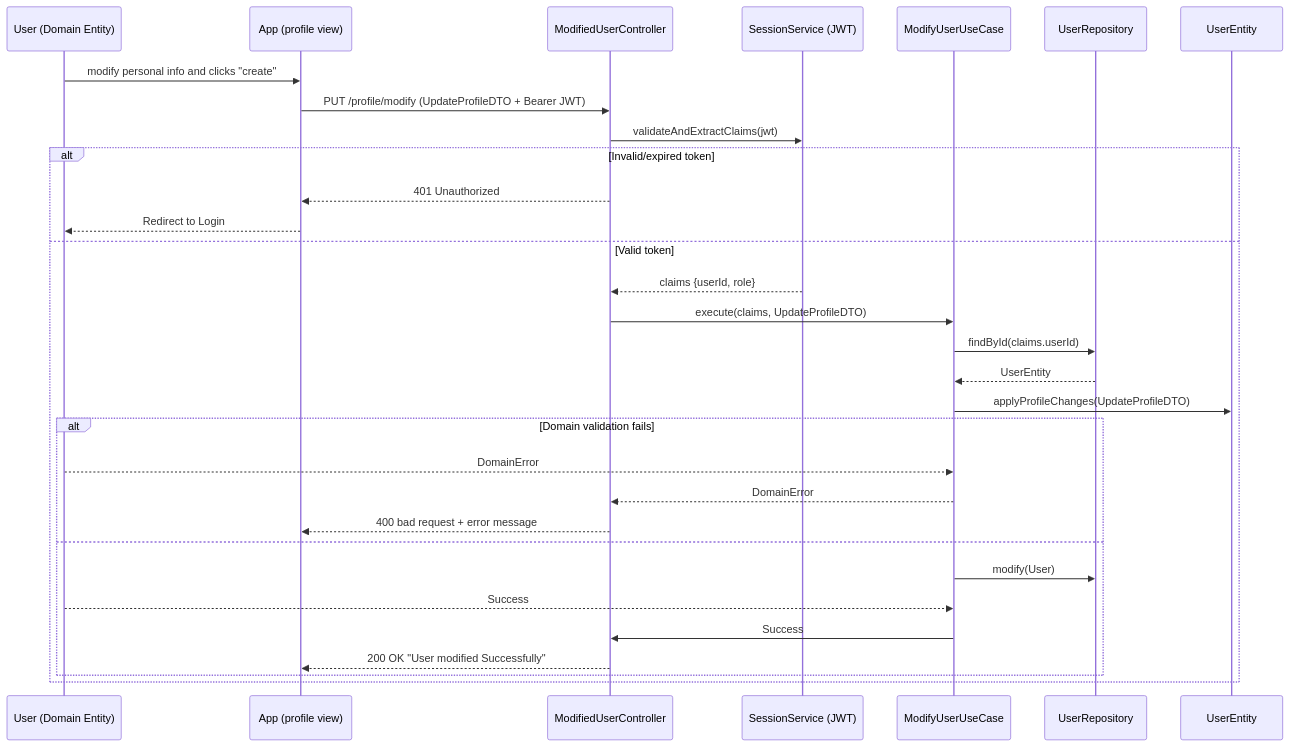
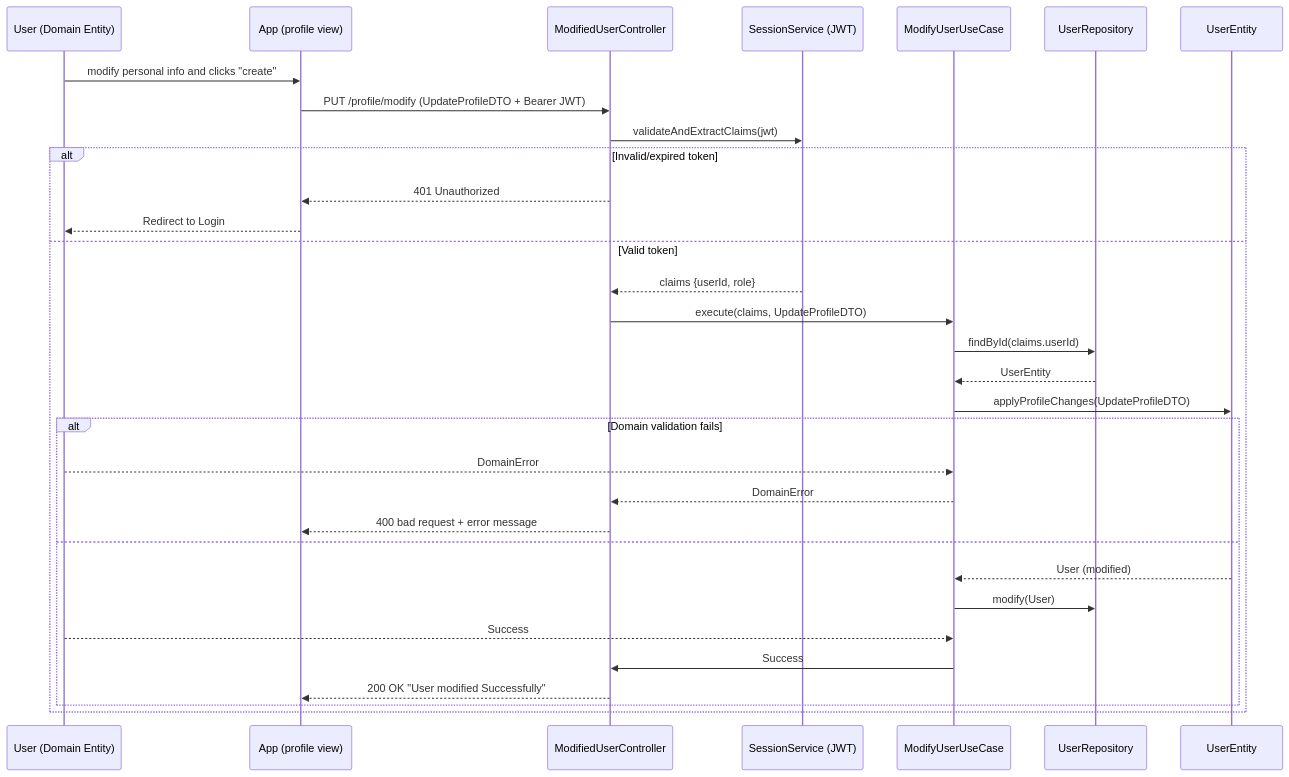
One commit to Lenninssp/Cannin-Tickets changed the first of 3 diagrams in docs/profile.md. Above: the diagram before and after it, drawn with Mermaid. The commit also changed other lines of this file and 2 other files, not shown here.

````diff
--- a/docs/profile.md
+++ b/docs/profile.md
@@ -4,34 +4,35 @@
 ```mermaid
 sequenceDiagram
   actor User
   participant UI as App (profile view)
   participant Controller as ModifiedUserController
   participant Session as SessionService (JWT)
   participant UseCase as ModifyUserUseCase
   participant User as User (Domain Entity)
   participant UserRepo as UserRepository
 
   User->>UI: modify personal info and clicks "create"
   UI->>Controller: PUT /profile/modify (UpdateProfileDTO + Bearer JWT)
   Controller->>Session: validateAndExtractClaims(jwt)
   alt Invalid/expired token
     Controller-->>UI: 401 Unauthorized
     UI-->>User: Redirect to Login
   else Valid token
     Session-->>Controller: claims {userId, role}
     Controller->>UseCase: execute(claims, UpdateProfileDTO)
     UseCase->>UserRepo: findById(claims.userId)
     UserRepo-->>UseCase: UserEntity
     UseCase->>UserEntity: applyProfileChanges(UpdateProfileDTO)
     alt Domain validation fails
       User-->>UseCase: DomainError
       UseCase-->>Controller: DomainError
       Controller-->>UI: 400 bad request + error message
     else
+      UserEntity-->>UseCase: User (modified)
       UseCase->>UserRepo: modify(User)
       User-->>UseCase: Success
       UseCase->>Controller: Success
       Controller-->>UI: 200 OK "User modified Successfully"
     end
   end
 ```
````
